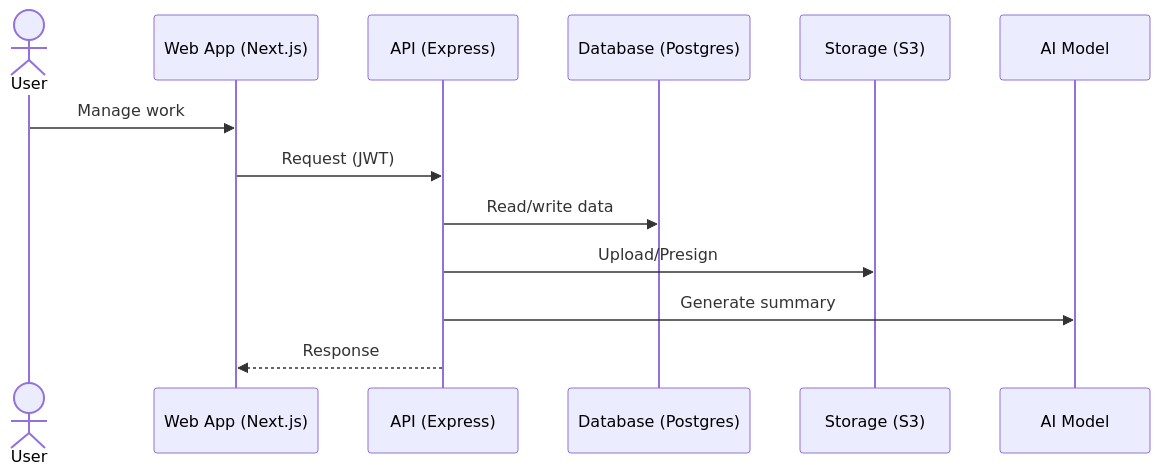
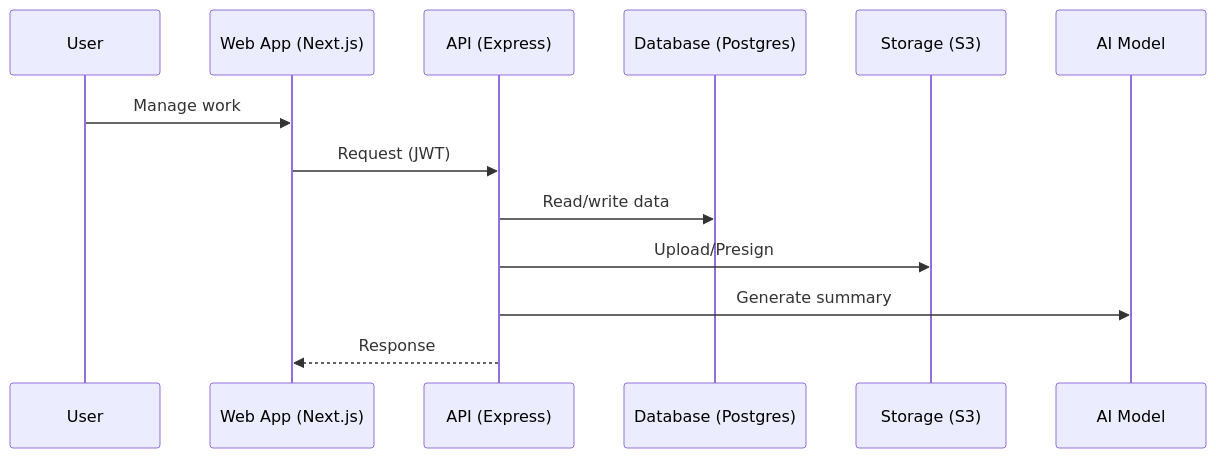
One commit to Atik203/Scholar-Flow changed the ninth of 11 diagrams in docs/Chapter4-System-Design-Diagrams.md. Above: the diagram before and after it, drawn with Mermaid. The commit also changed other lines of this file and 1 other file, not shown here.

Commit message:
Refactor sequence diagram syntax from 'actor' to 'participant' for consistency in Mermaid diagrams

````diff
--- a/docs/Chapter4-System-Design-Diagrams.md
+++ b/docs/Chapter4-System-Design-Diagrams.md
@@ -885,16 +885,16 @@
 ```mermaid
 sequenceDiagram
-  actor User
+  participant User
   participant Web as Web App (Next.js)
   participant API as API (Express)
   participant DB as Database (Postgres)
   participant S3 as Storage (S3)
   participant AI as AI Model
 
   User->>Web: Manage work
   Web->>API: Request (JWT)
   API->>DB: Read/write data
   API->>S3: Upload/Presign
   API->>AI: Generate summary
   API-->>Web: Response
 ```
````
